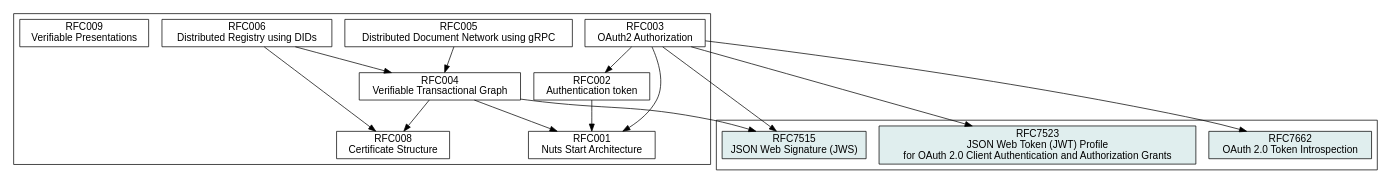
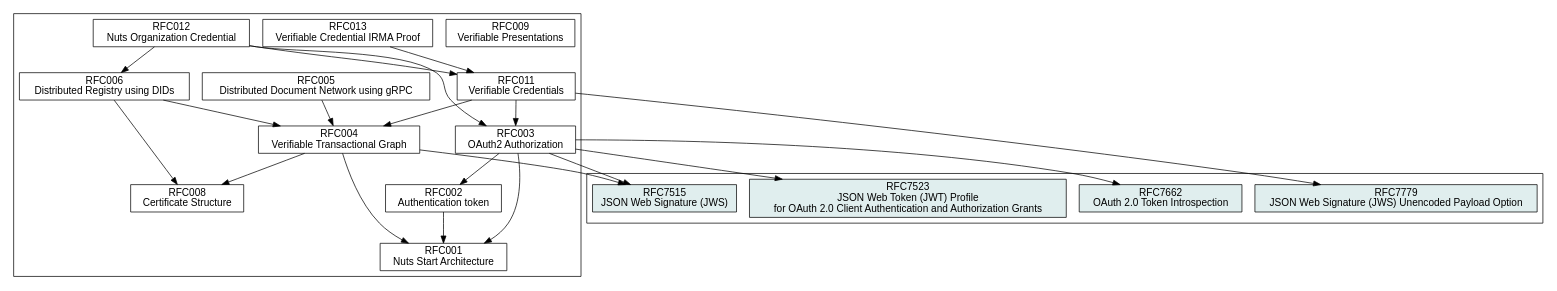
One commit to nuts-foundation/nuts-specification changed the diagram in .gitbook/source/spec-relations.dot. Above: the diagram before and after it, drawn with Graphviz. The commit also changed 2 other files, not shown here.

Commit message:
first draft of rfc013 - VC irma proof

```diff
--- a/.gitbook/source/spec-relations.dot
+++ b/.gitbook/source/spec-relations.dot
@@ -1,43 +1,57 @@
 digraph D {
     graph [fontname = "helvetica"];
     node [fontname = "helvetica",shape=box];
     edge [fontname = "helvetica"];
     root = RFC001;
     overlap = false;
 
     // Internal RFCs
     subgraph cluster_internal {
         RFC001 [label = "RFC001\nNuts Start Architecture",href = "rfc001-nuts-start-architecture"];
         RFC002 [label = "RFC002\nAuthentication token",href = "rfc002-authentication-token"];
         RFC003 [label = "RFC003\nOAuth2 Authorization",href = "rfc003-oauth2-authorization"];
         RFC004 [label = "RFC004\nVerifiable Transactional Graph",href = "rfc004-verifiable-transactional-graph"];
         RFC005 [label = "RFC005\nDistributed Document Network using gRPC",href = "rfc005-distributed-document-network-grpc"];
         RFC006 [label = "RFC006\nDistributed Registry using DIDs",href = "rfc006-distributed-registry"];
         RFC008 [label = "RFC008\nCertificate Structure",href = "rfc008-certificate-structure"];
         RFC009 [label = "RFC009\nVerifiable Presentations",href = "rfc009-verifiable-presentations"];
+        RFC011 [label = "RFC011\nVerifiable Credentials",href = "rfc011-verifiable-credential"];
+        RFC012 [label = "RFC012\nNuts Organization Credential",href = "rfc012-nuts-organization-credential"];
+        RFC013 [label = "RFC013\nVerifiable Credential IRMA Proof",href = "rfc013-vc-irma-proof"];
     }
 
     // External RFCs
     subgraph cluster_external {
+        RFC7779_EXT [label = "RFC7779\nJSON Web Signature (JWS) Unencoded Payload Option", href = "https://datatracker.ietf.org/doc/html/rfc7797", fillcolor = azure2, style = filled]
         RFC7662_EXT [label = "RFC7662\nOAuth 2.0 Token Introspection", href = "https://tools.ietf.org/html/rfc7662", fillcolor = azure2, style = filled]
         RFC7523_EXT [label = "RFC7523\nJSON Web Token (JWT) Profile\nfor OAuth 2.0 Client Authentication and Authorization Grants", href = "https://tools.ietf.org/html/rfc7523", fillcolor = azure2, style = filled,]
         RFC7515_EXT [label = "RFC7515\nJSON Web Signature (JWS)", href = "https://tools.ietf.org/html/rfc7515", fillcolor = azure2, style = filled]
     }
 
     RFC002 -> RFC001
 
     RFC003 -> RFC001
     RFC003 -> RFC002
     RFC003 -> RFC7662_EXT
     RFC003 -> RFC7523_EXT
     RFC003 -> RFC7515_EXT
 
     RFC004 -> RFC001
     RFC004 -> RFC7515_EXT
     RFC004 -> RFC008
 
     RFC005 -> RFC004
 
     RFC006 -> RFC004
     RFC006 -> RFC008
+
+    RFC011 -> RFC003
+    RFC011 -> RFC004
+    RFC011 -> RFC7779_EXT
+
+    RFC012 -> RFC003
+    RFC012 -> RFC006
+    RFC012 -> RFC011
+
+    RFC013 -> RFC011
 }
```
